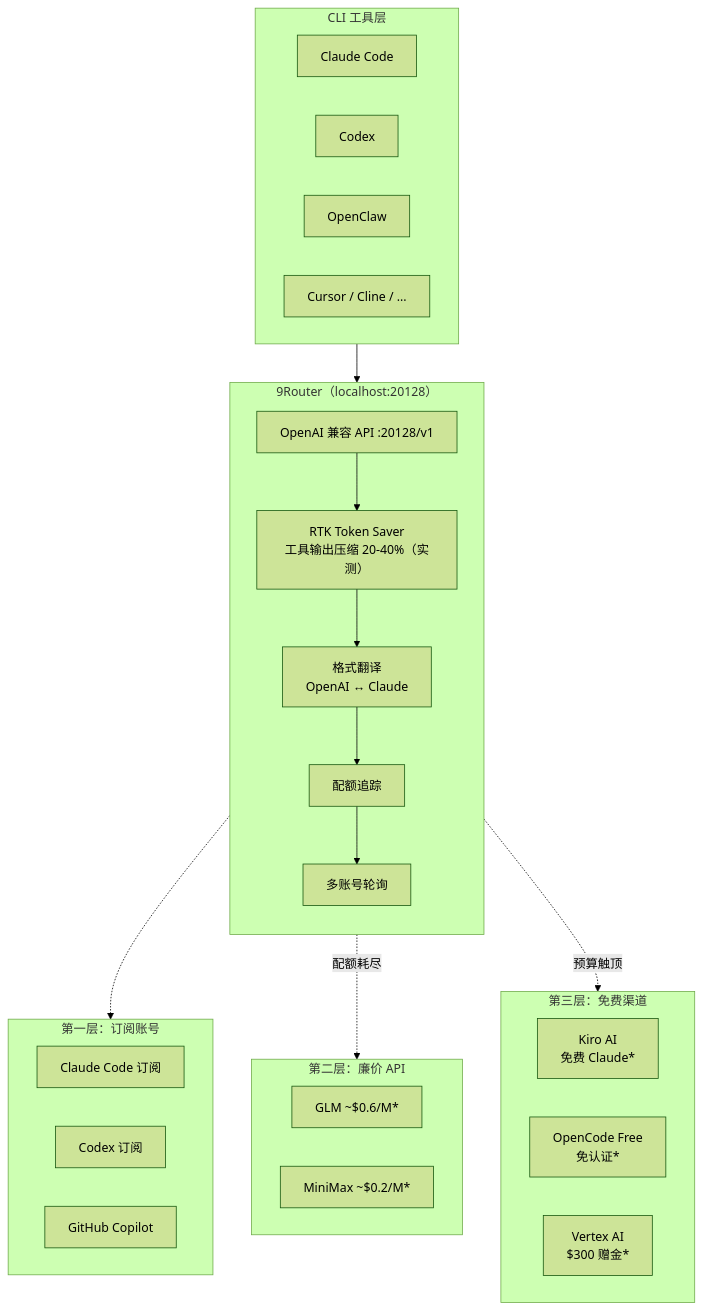
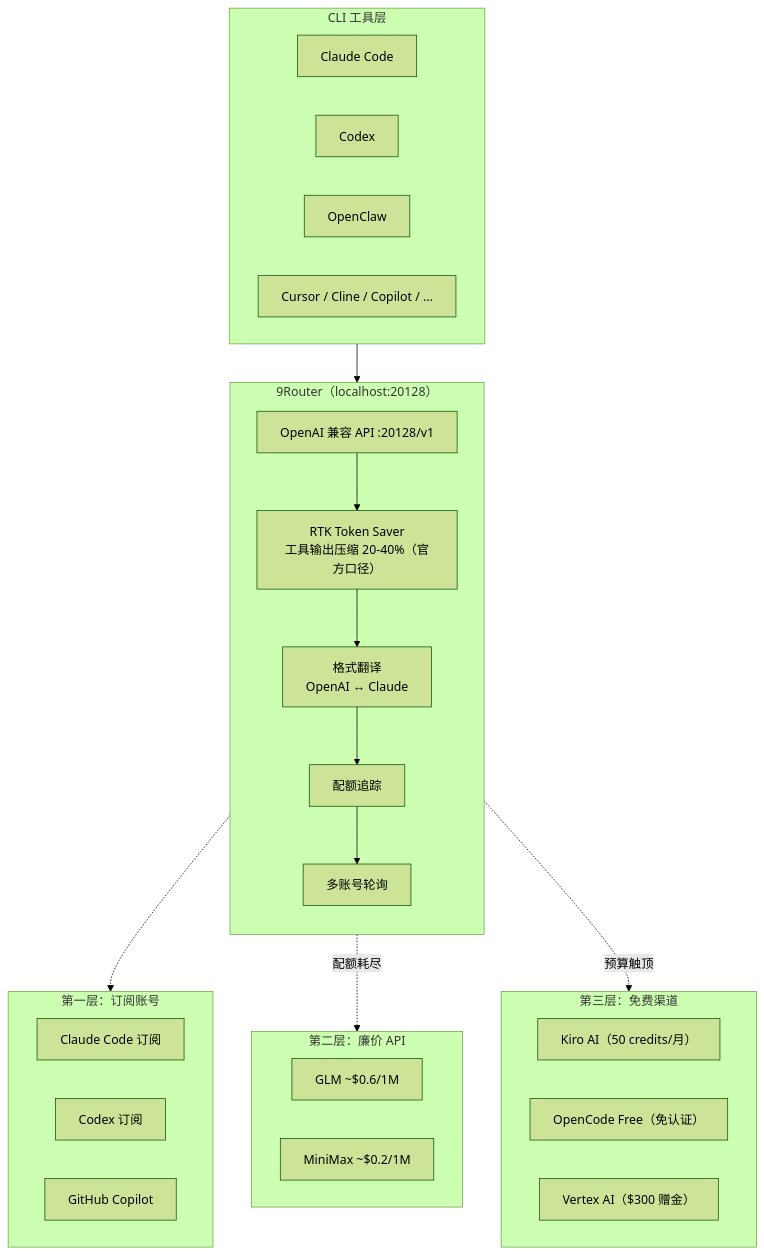
The diagram in content/posts/tech/9router-ultimate-router-guide.md (A1pha3/text-matrix), drawn with Mermaid (forest theme) before and after one commit. The commit also changed other lines of this file and 18 other files, not shown here.

````diff
--- a/content/posts/tech/9router-ultimate-router-guide.md
+++ b/content/posts/tech/9router-ultimate-router-guide.md
@@ -99,45 +29,45 @@
 ```mermaid
 flowchart TB
  subgraph CLI["CLI 工具层"]
  CC["Claude Code"]
  CX["Codex"]
  OC["OpenClaw"]
- CS["Cursor / Cline / ..."]
+ CS["Cursor / Cline / Copilot / ..."]
  end
 
  subgraph Router["9Router（localhost:20128）"]
  direction TB
  API["OpenAI 兼容 API :20128/v1"]
- RTK["RTK Token Saver<br/>工具输出压缩 20-40%（实测）"]
+ RTK["RTK Token Saver<br/>工具输出压缩 20-40%（官方口径）"]
  FMT["格式翻译<br/>OpenAI ↔ Claude"]
  QT["配额追踪"]
  LB["多账号轮询"]
 
  API --> RTK
  RTK --> FMT
  FMT --> QT
  QT --> LB
  end
 
  subgraph Tier1["第一层：订阅账号"]
  CCSub["Claude Code 订阅"]
  CXSub["Codex 订阅"]
  GHSub["GitHub Copilot"]
  end
 
  subgraph Tier2["第二层：廉价 API"]
- GLM["GLM ~$0.6/M*"]
- MM["MiniMax ~$0.2/M*"]
+ GLM["GLM ~$0.6/1M"]
+ MM["MiniMax ~$0.2/1M"]
  end
 
  subgraph Tier3["第三层：免费渠道"]
- Kiro["Kiro AI<br/>免费 Claude*"]
- OpenCodeF["OpenCode Free<br/>免认证*"]
- Vertex["Vertex AI<br/>$300 赠金*"]
+ Kiro["Kiro AI（50 credits/月）"]
+ OpenCodeF["OpenCode Free（免认证）"]
+ Vertex["Vertex AI（$300 赠金）"]
  end
 
  CLI --> API
  LB -.-> Tier1
  LB -.配额耗尽.-> Tier2
  LB -.预算触顶.-> Tier3
 ```
````
